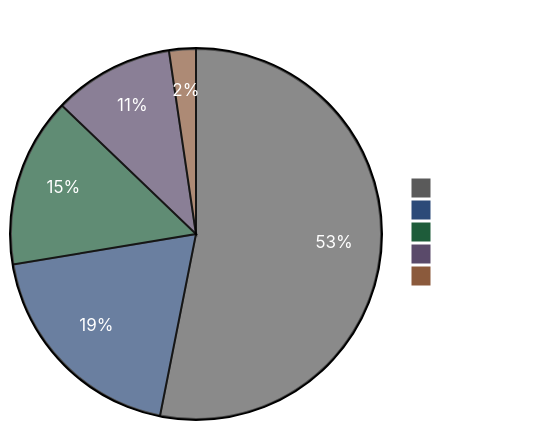
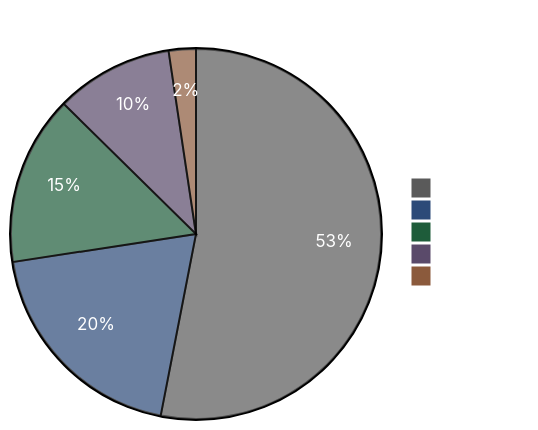
Before and after one commit to ShawnBIT/reco-arxiv-daily: the diagram in README.md, drawn with Mermaid. The commit also changed other lines of this file, not shown here.

````diff
--- a/README.md
+++ b/README.md
@@ -6,19 +6,19 @@
 ```mermaid
 %%{init: {'theme':'base', 'themeVariables': {
   'pie1':'#5a5a5a',
   'pie2':'#2c4a78',
   'pie3':'#1e5c3a',
   'pie4':'#5a4a6a',
   'pie5':'#8b5a3c',
   'pieTitleTextColor':'#ffffff',
   'pieSectionTextColor':'#ffffff',
   'pieLegendTextColor':'#ffffff'
 }}}%%
 pie showData
 title Paper Distribution by Tag
-  "Other" : 273
+  "Other" : 269
   "LLM" : 99
-  "GR" : 76
-  "Seq" : 54
+  "GR" : 75
+  "Seq" : 52
   "Scaling" : 12
 ```
````
